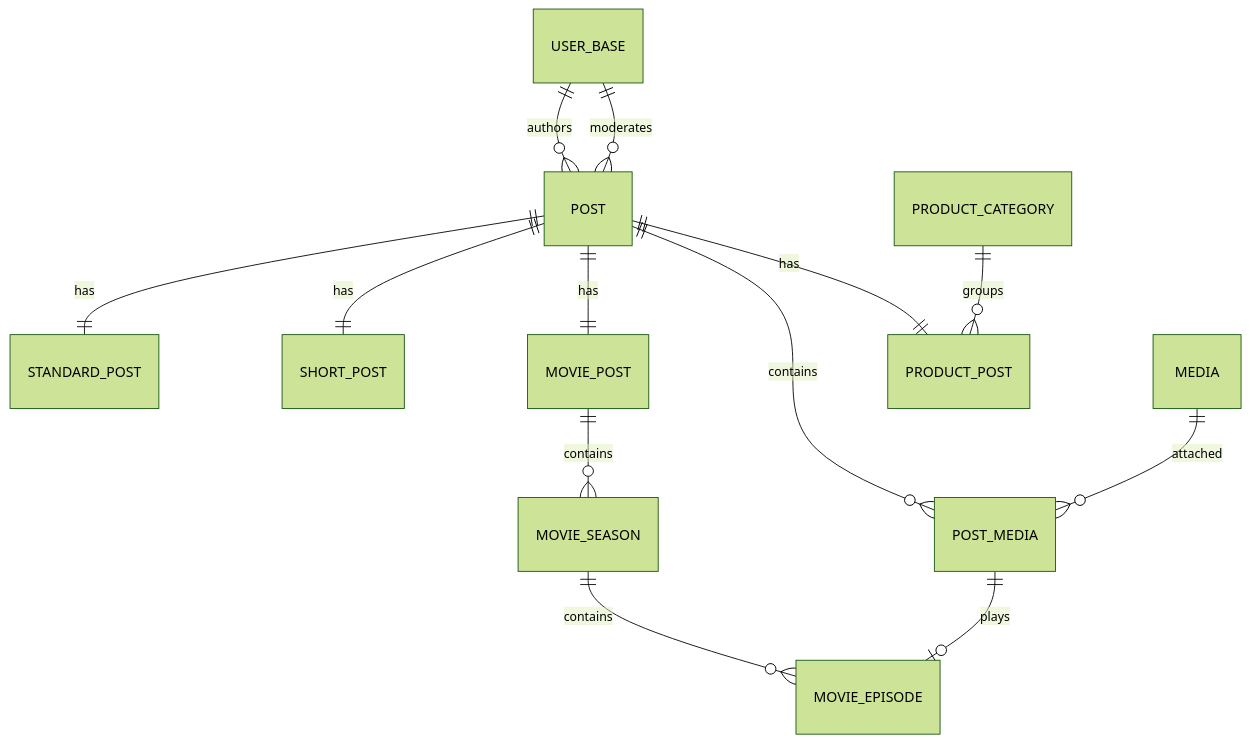
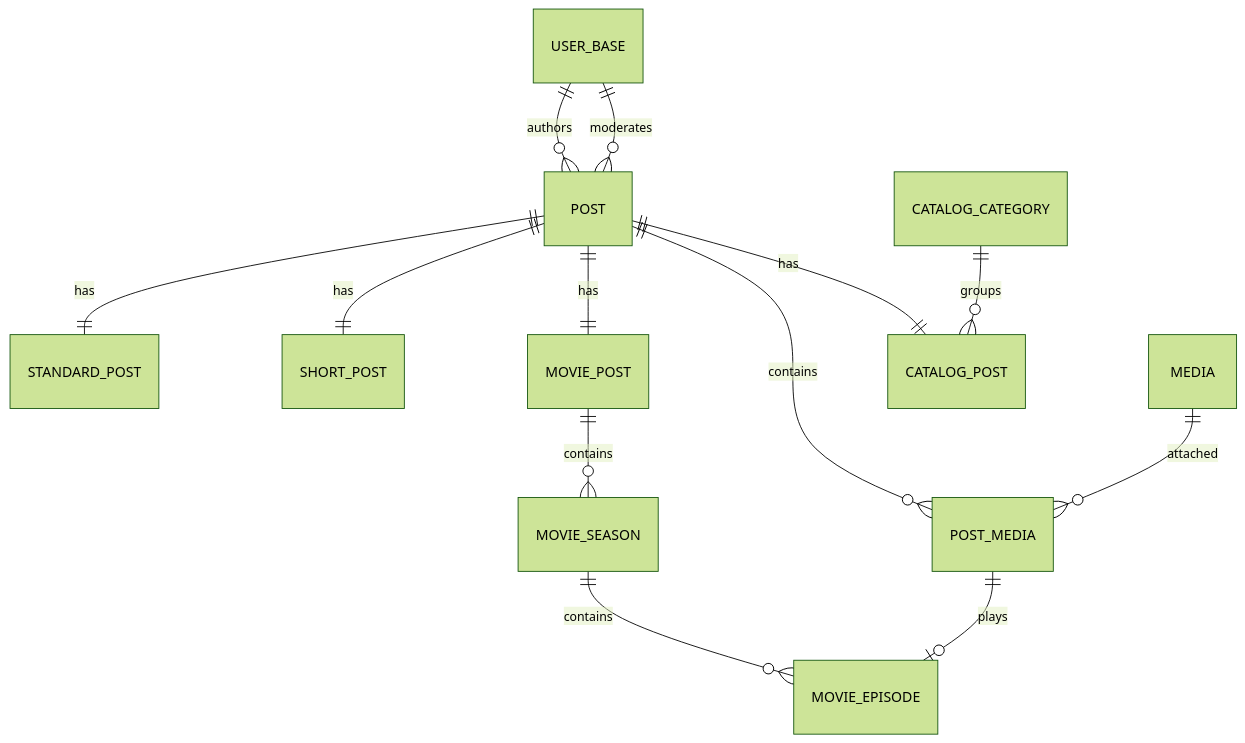
Before and after one commit to poin4003/minimal-spring-app: the diagram in docs/guides/post-backend-manual.md, drawn with Mermaid (forest theme). The commit also changed other lines of this file and 23 other files, not shown here.

First line of the commit message:
feat: Refactor product to catalog terminology and implement catalog management features

````diff
--- a/docs/guides/post-backend-manual.md
+++ b/docs/guides/post-backend-manual.md
@@ -87,15 +87,15 @@
 ```mermaid
 erDiagram
     USER_BASE ||--o{ POST : authors
     USER_BASE ||--o{ POST : moderates
     POST ||--|| STANDARD_POST : has
     POST ||--|| SHORT_POST : has
     POST ||--o{ POST_MEDIA : contains
     MEDIA ||--o{ POST_MEDIA : attached
     POST ||--|| MOVIE_POST : has
     MOVIE_POST ||--o{ MOVIE_SEASON : contains
     MOVIE_SEASON ||--o{ MOVIE_EPISODE : contains
     POST_MEDIA ||--o| MOVIE_EPISODE : plays
-    POST ||--|| PRODUCT_POST : has
-    PRODUCT_CATEGORY ||--o{ PRODUCT_POST : groups
+    POST ||--|| CATALOG_POST : has
+    CATALOG_CATEGORY ||--o{ CATALOG_POST : groups
 ```
````
